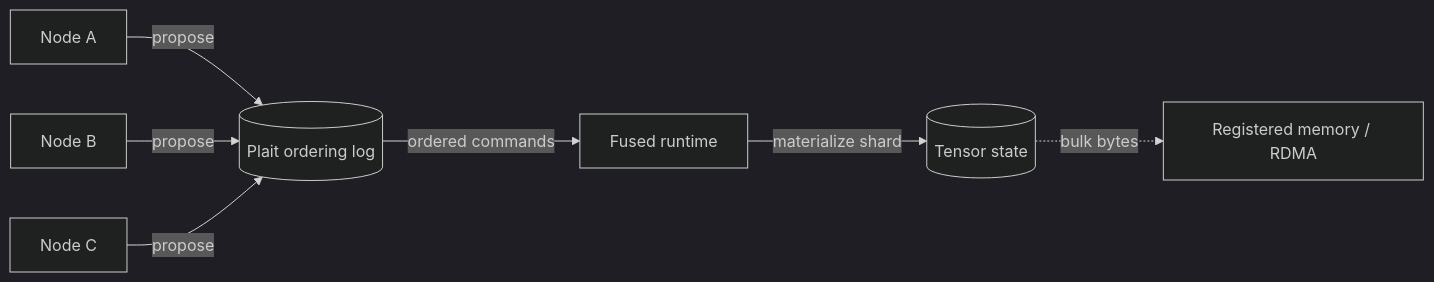
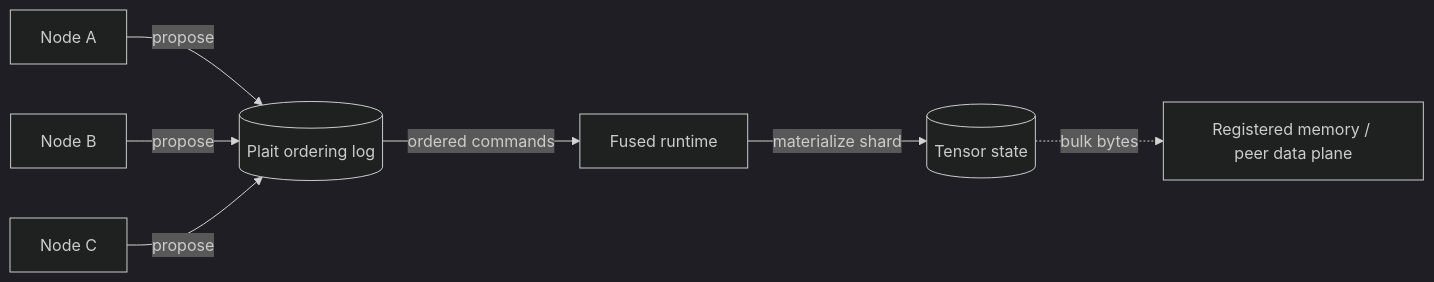
The diagram in README.md (devillove084/Plait), drawn with Mermaid (dark theme) before and after one commit. The commit also changed other lines of this file and 15 other files, not shown here.

````diff
--- a/README.md
+++ b/README.md
@@ -35,9 +33,9 @@
 ```mermaid
 flowchart LR
   A[Node A] -->|propose| L[(Plait ordering log)]
   B[Node B] -->|propose| L
   C[Node C] -->|propose| L
   L -->|ordered commands| R[Fused runtime]
   R -->|materialize shard| T[(Tensor state)]
-  T -. bulk bytes .-> M[Registered memory / RDMA]
+  T -. bulk bytes .-> M[Registered memory / peer data plane]
 ```
````
